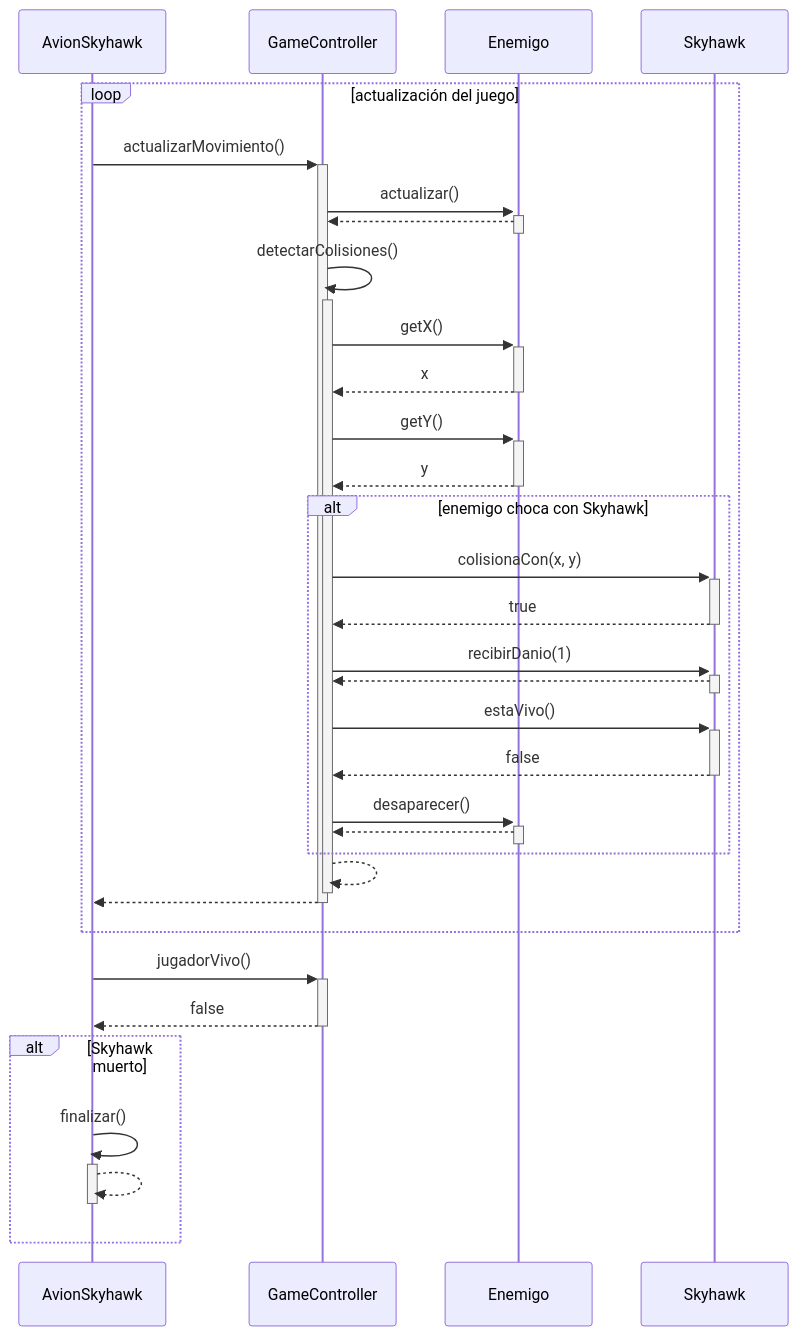
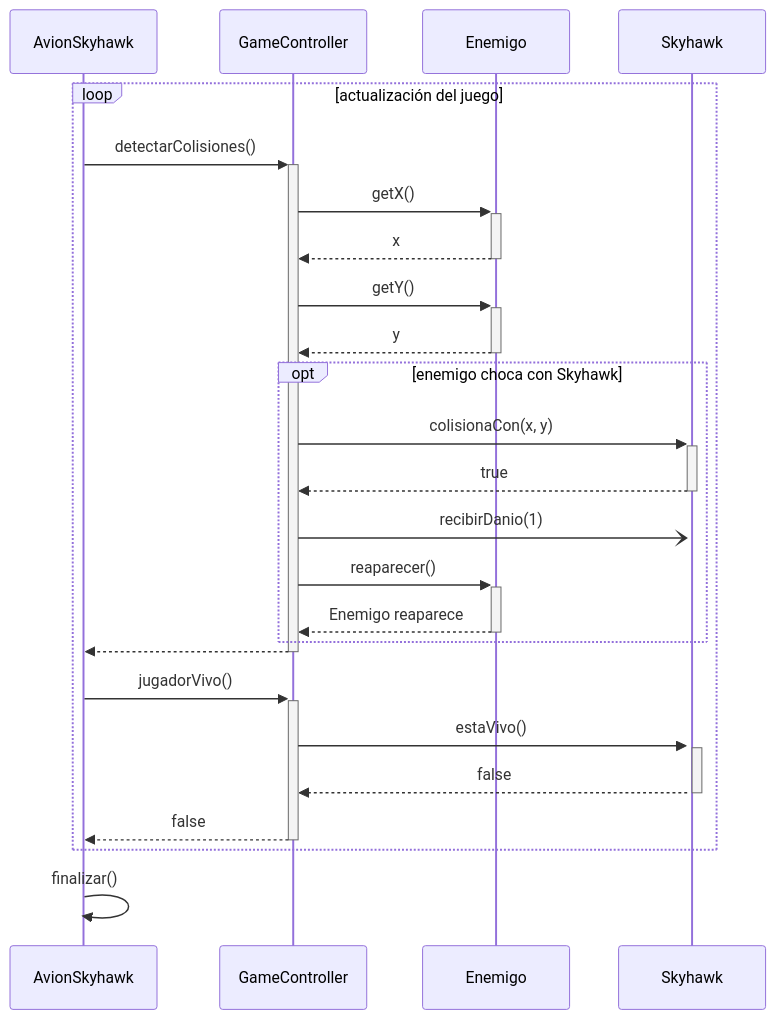
Before and after one commit to chiaraarego/Grupo-2---Skyhawk: the fourth of 6 diagrams in Diagramas/diagram_Secuencias_Actualizados.md, drawn with Mermaid. The commit also changed other lines of this file and 1 other file, not shown here.

Commit message:
Actualizar diagramas de secuencia de fin de partida y estadisticas

````diff
--- a/Diagramas/diagram_Secuencias_Actualizados.md
+++ b/Diagramas/diagram_Secuencias_Actualizados.md
@@ -134,47 +138,39 @@
 ```mermaid
 sequenceDiagram
     participant AvionSkyhawk
     participant GameController
     participant Enemigo
     participant Skyhawk
 
     loop actualización del juego
-        AvionSkyhawk ->> +GameController : actualizarMovimiento()
+        AvionSkyhawk ->> +GameController : detectarColisiones()
 
-        GameController ->> +Enemigo : actualizar()
-        Enemigo -->> -GameController : 
 
-        GameController ->> +GameController : detectarColisiones()
 
         GameController ->> +Enemigo : getX()
         Enemigo -->> -GameController : x
 
         GameController ->> +Enemigo : getY()
         Enemigo -->> -GameController : y
 
-        alt enemigo choca con Skyhawk
+        opt enemigo choca con Skyhawk
         GameController ->> +Skyhawk : colisionaCon(x, y)
         Skyhawk -->> -GameController : true
 
-            GameController ->> +Skyhawk : recibirDanio(1)
-            Skyhawk -->> -GameController : 
+            GameController -) +Skyhawk : recibirDanio(1)
 
-            GameController ->> +Skyhawk : estaVivo()
-            Skyhawk -->> -GameController : false
 
-            GameController ->> +Enemigo : desaparecer()
-            Enemigo -->> -GameController : 
+            GameController ->> +Enemigo : reaparecer()
+            Enemigo -->> -GameController : Enemigo reaparece
         end
 
-        GameController -->> -GameController : 
         GameController -->> -AvionSkyhawk : 
-    end
+    AvionSkyhawk ->> +GameController : jugadorVivo()
+    GameController ->> +Skyhawk : estaVivo()
+    Skyhawk -->> -GameController : false
+    GameController -->> -AvionSkyhawk : false
+end
+        AvionSkyhawk ->> AvionSkyhawk : finalizar()
+    
 
-    AvionSkyhawk ->> +GameController : jugadorVivo()
-    GameController -->> -AvionSkyhawk : false
-
-    alt Skyhawk muerto
-        AvionSkyhawk ->> +AvionSkyhawk : finalizar()
-        AvionSkyhawk -->> -AvionSkyhawk : 
-    end
 ```
````
